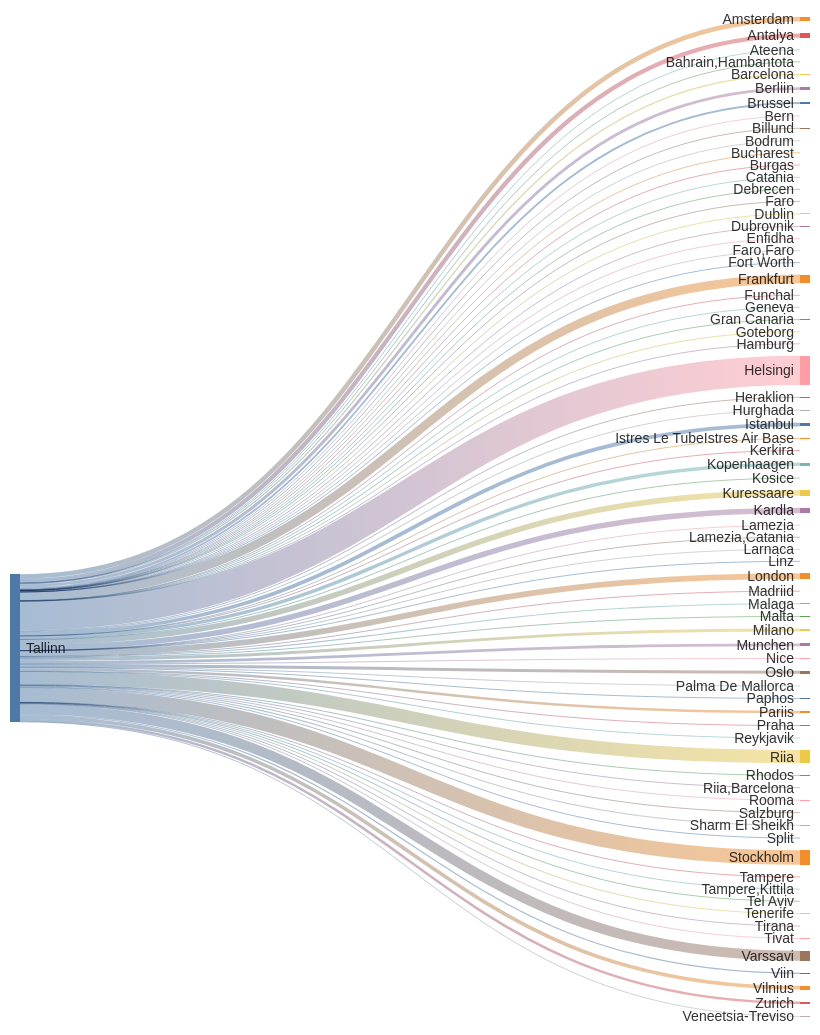
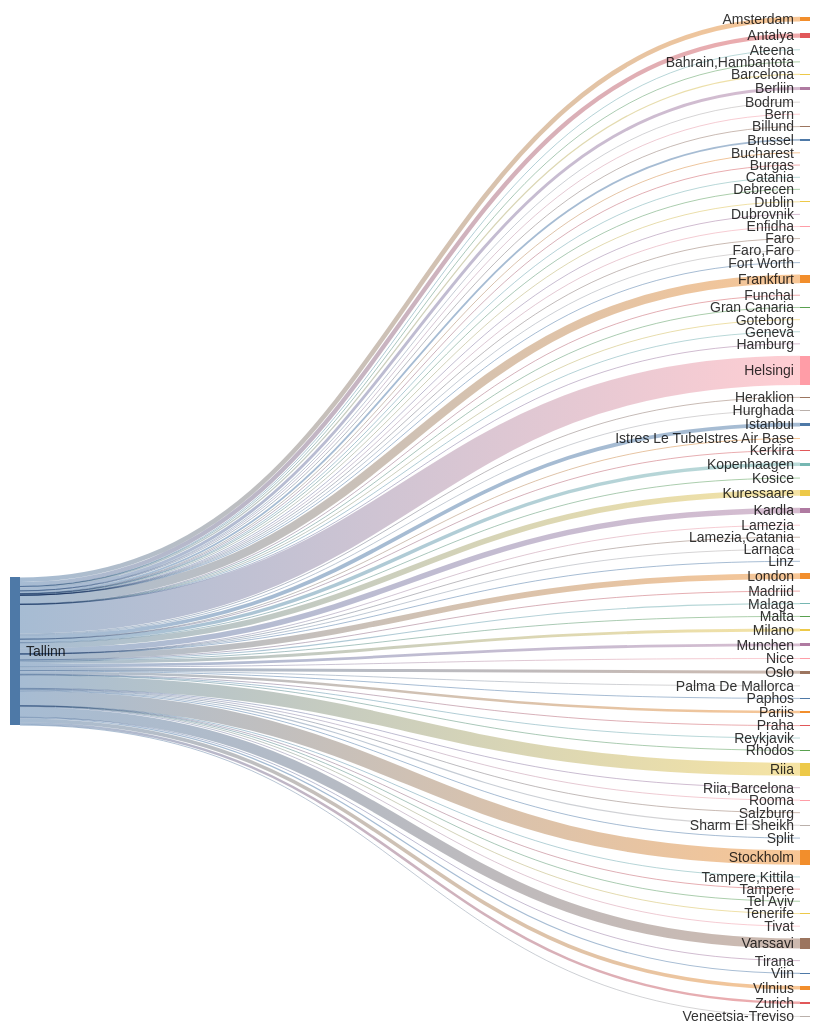
The second of 2 diagrams in README.md (rainermesi/tll-airport-departures), drawn with Mermaid before and after one commit. The commit also changed other lines of this file and 1 other file, not shown here.

````diff
--- a/README.md
+++ b/README.md
@@ -41,18 +41,18 @@
 ---
 sankey-beta
 %% source,target,value
-Tallinn,Amsterdam,407
-Tallinn,Antalya,384
+Tallinn,Amsterdam,409
+Tallinn,Antalya,385
 Tallinn,Ateena,16
 Tallinn,"Bahrain,Hambantota",1
 Tallinn,Barcelona,113
-Tallinn,Berliin,262
+Tallinn,Berliin,264
 Tallinn,Bern,1
 Tallinn,Billund,66
 Tallinn,Bodrum,11
-Tallinn,Brussel,165
+Tallinn,Brussel,166
 Tallinn,Bucharest,1
-Tallinn,Burgas,42
+Tallinn,Burgas,43
 Tallinn,Catania,2
 Tallinn,Debrecen,1
 Tallinn,Dublin,84
@@ -61,58 +61,58 @@
 Tallinn,Faro,4
 Tallinn,"Faro,Faro",1
 Tallinn,Fort Worth,1
-Tallinn,Frankfurt,766
+Tallinn,Frankfurt,768
 Tallinn,Funchal,5
 Tallinn,Geneva,13
 Tallinn,Gran Canaria,38
 Tallinn,Goteborg,1
 Tallinn,Hamburg,2
-Tallinn,Helsingi,2601
+Tallinn,Helsingi,2611
 Tallinn,Heraklion,78
 Tallinn,Hurghada,75
-Tallinn,Istanbul,342
+Tallinn,Istanbul,343
 Tallinn,Istres Le TubeIstres Air Base,2
 Tallinn,Kerkira,4
 Tallinn,Kopenhaagen,316
 Tallinn,Kosice,1
-Tallinn,Kuressaare,497
-Tallinn,Kardla,497
+Tallinn,Kuressaare,499
+Tallinn,Kardla,499
 Tallinn,Lamezia,1
 Tallinn,"Lamezia,Catania",3
 Tallinn,Larnaca,4
 Tallinn,Linz,2
-Tallinn,London,518
+Tallinn,London,520
 Tallinn,Madriid,1
 Tallinn,Malaga,103
 Tallinn,Malta,23
 Tallinn,Milano,261
-Tallinn,Munchen,252
+Tallinn,Munchen,254
 Tallinn,Nice,41
-Tallinn,Oslo,267
+Tallinn,Oslo,268
 Tallinn,Palma De Mallorca,27
 Tallinn,Paphos,66
-Tallinn,Pariis,219
-Tallinn,Praha,69
+Tallinn,Pariis,221
+Tallinn,Praha,70
 Tallinn,Reykjavik,9
-Tallinn,Rhodos,48
-Tallinn,Riia,1168
+Tallinn,Rhodos,49
+Tallinn,Riia,1172
 Tallinn,"Riia,Barcelona",1
 Tallinn,Rooma,80
 Tallinn,Salzburg,14
 Tallinn,Sharm El Sheikh,98
-Tallinn,Split,41
-Tallinn,Stockholm,1297
+Tallinn,Split,42
+Tallinn,Stockholm,1301
 Tallinn,Tampere,17
 Tallinn,"Tampere,Kittila",21
 Tallinn,Tel Aviv,2
 Tallinn,Tenerife,58
-Tallinn,Tirana,22
+Tallinn,Tirana,23
 Tallinn,Tivat,50
-Tallinn,Varssavi,896
+Tallinn,Varssavi,900
 Tallinn,Veneetsia-Treviso,67
 Tallinn,Viin,106
-Tallinn,Vilnius,323
-Tallinn,Zurich,225
+Tallinn,Vilnius,324
+Tallinn,Zurich,226
 
 
 ```
````
